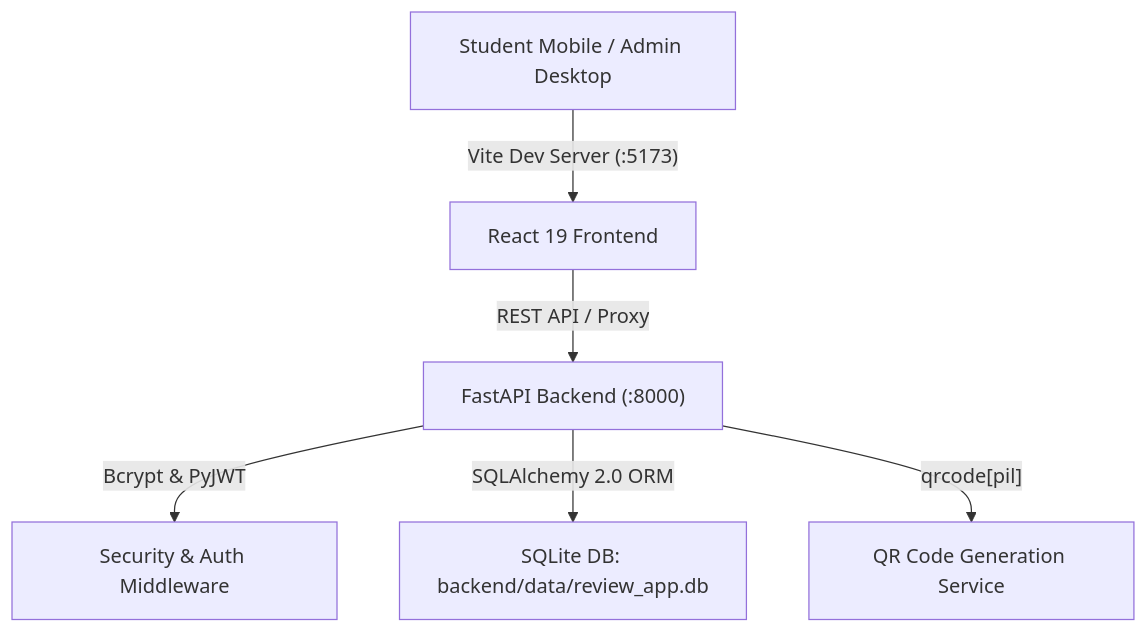
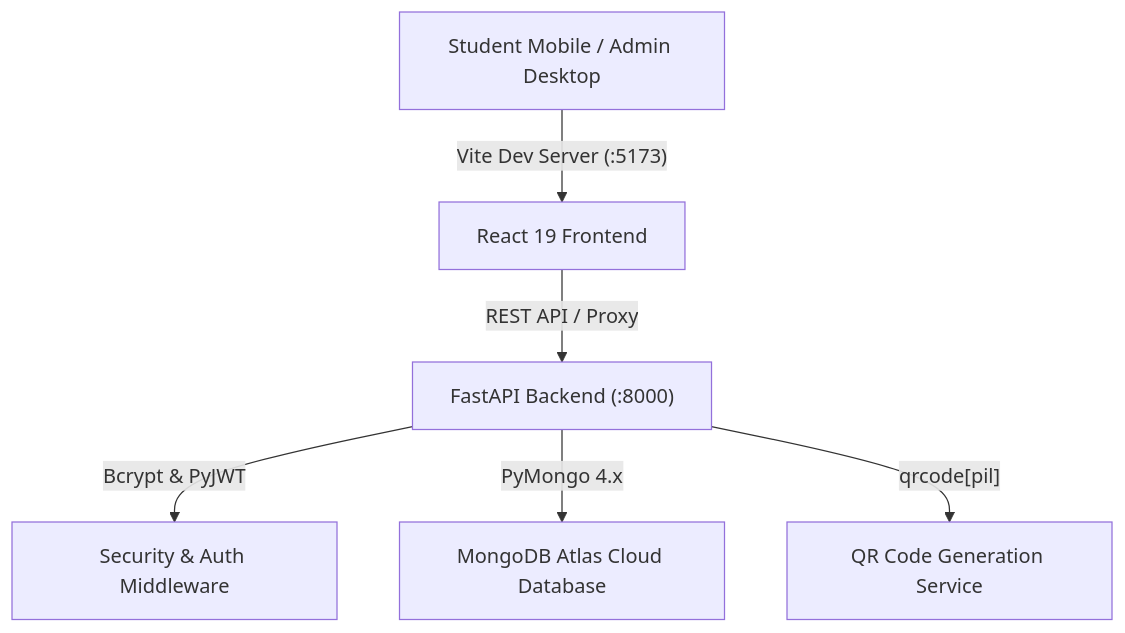
One commit to SWAPY8/OutReach_System changed the first of 2 diagrams in WALKTHROUGH.md. Above: the diagram before and after it, drawn with Mermaid. The commit also changed other lines of this file and 30 other files, not shown here.

Commit message:
feat: migrate to MongoDB Atlas and fix customer UI

````diff
--- a/WALKTHROUGH.md
+++ b/WALKTHROUGH.md
@@ -25,8 +25,8 @@
 ```mermaid
 graph TD
     Client["Student Mobile / Admin Desktop"] -->|"Vite Dev Server (:5173)"| ReactApp["React 19 Frontend"]
     ReactApp -->|"REST API / Proxy"| FastAPI["FastAPI Backend (:8000)"]
     FastAPI -->|"Bcrypt & PyJWT"| Security["Security & Auth Middleware"]
-    FastAPI -->|"SQLAlchemy 2.0 ORM"| SQLite["SQLite DB: backend/data/review_app.db"]
+    FastAPI -->|"PyMongo 4.x"| MongoDB["MongoDB Atlas Cloud Database"]
     FastAPI -->|"qrcode[pil]"| QRService["QR Code Generation Service"]
 ```
````
